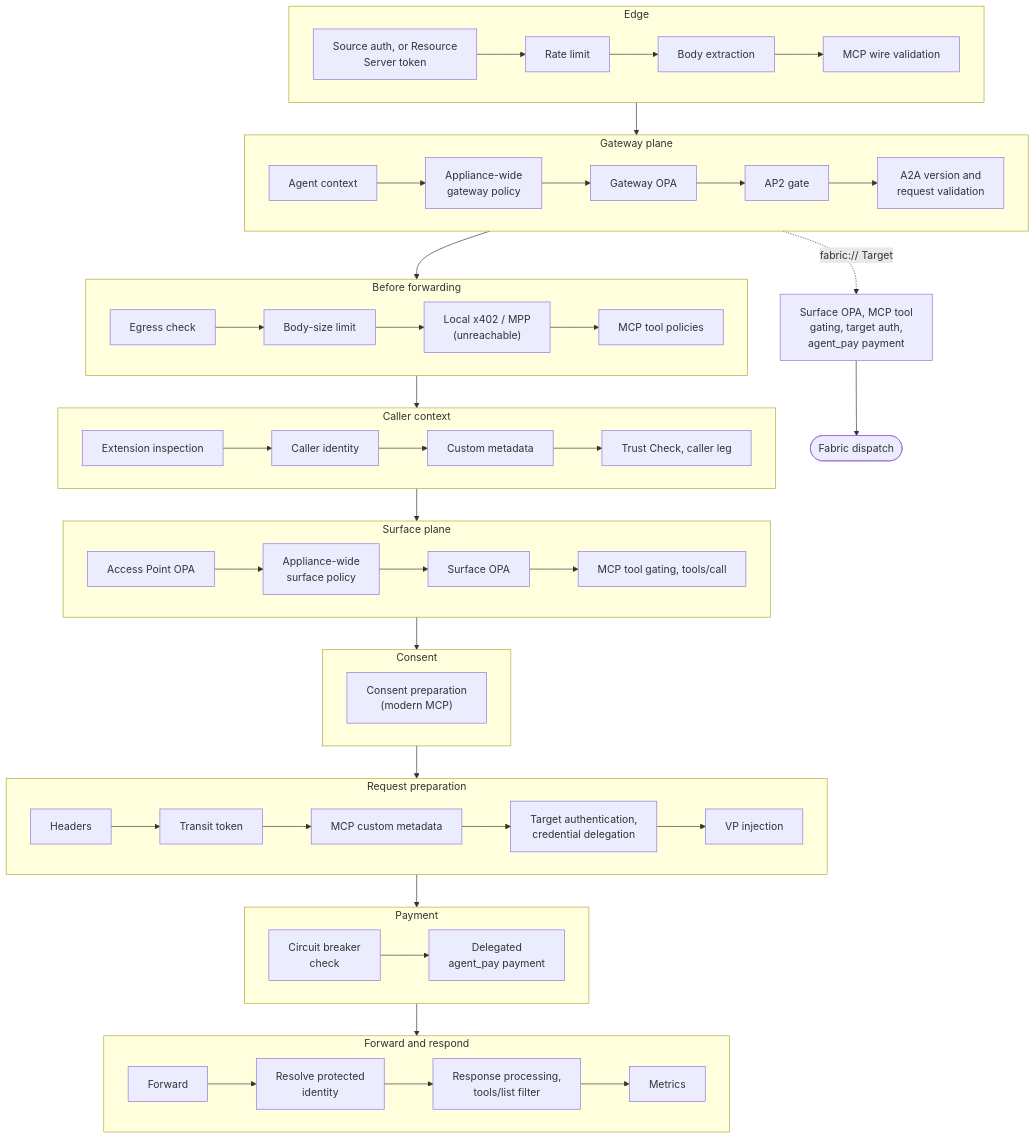
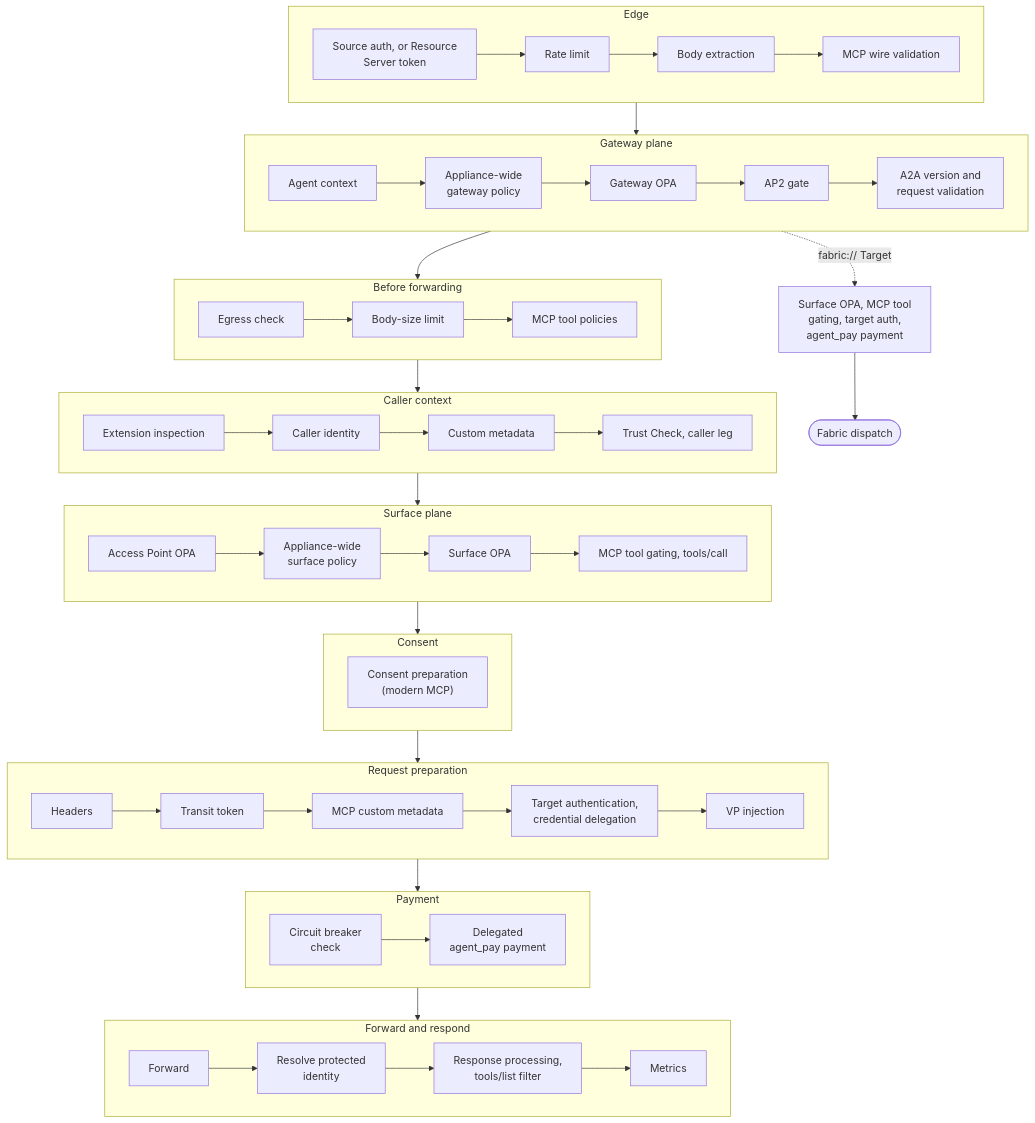
The first of 4 diagrams in ARCHITECTURE.md (affinidi-ai/agent-gateway), drawn with Mermaid before and after one commit. The commit also changed other lines of this file and 94 other files, not shown here.

````diff
--- a/ARCHITECTURE.md
+++ b/ARCHITECTURE.md
@@ -88,41 +88,41 @@
 ```mermaid
 flowchart TB
     subgraph E["Edge"]
         direction LR
         A1["Source auth, or Resource<br/>Server token"] --> A2[Rate limit] --> A3[Body extraction] --> A4[MCP wire validation]
     end
     subgraph G["Gateway plane"]
         direction LR
         B0[Agent context] --> B1["Appliance-wide<br/>gateway policy"] --> B2[Gateway OPA] --> B3[AP2 gate] --> B4["A2A version and<br/>request validation"]
     end
     subgraph P["Before forwarding"]
         direction LR
-        P1[Egress check] --> P2[Body-size limit] --> P3["Local x402 / MPP<br/>(unreachable)"] --> P4[MCP tool policies]
+        P1[Egress check] --> P2[Body-size limit] --> P4[MCP tool policies]
     end
     subgraph C["Caller context"]
         direction LR
         C1[Extension inspection] --> C2[Caller identity] --> C3[Custom metadata] --> C4["Trust Check, caller leg"]
     end
     subgraph S["Surface plane"]
         direction LR
         D1[Access Point OPA] --> D2["Appliance-wide<br/>surface policy"] --> D3[Surface OPA] --> D4["MCP tool gating, tools/call"]
     end
     subgraph Y["Consent"]
         direction LR
         Y1["Consent preparation<br/>(modern MCP)"]
     end
     subgraph O["Request preparation"]
         direction LR
         O1[Headers] --> O2[Transit token] --> O3[MCP custom metadata] --> O4["Target authentication,<br/>credential delegation"] --> O5[VP injection]
     end
     subgraph Z["Payment"]
         direction LR
         Z1["Circuit breaker<br/>check"] --> Z2["Delegated<br/>agent_pay payment"]
     end
     subgraph F["Forward and respond"]
         direction LR
         F1[Forward] --> F2["Resolve protected<br/>identity"] --> F3["Response processing,<br/>tools/list filter"] --> F4[Metrics]
     end
     E --> G --> P --> C --> S --> Y --> O --> Z --> F
     B4 -. fabric:// Target .-> FP["Surface OPA, MCP tool<br/>gating, target auth,<br/>agent_pay payment"] --> FB([Fabric dispatch])
 ```
````
